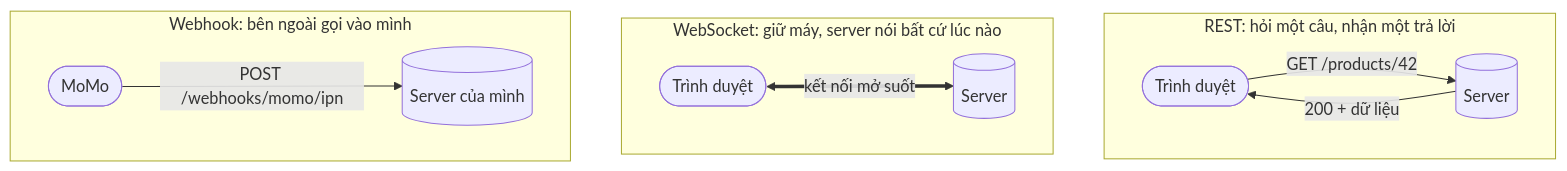
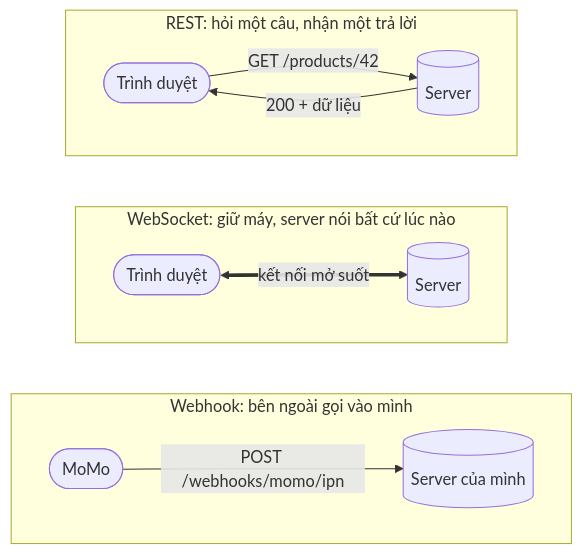
Before and after one commit to duongbui234/software-engineering-atlas: the first of 2 diagrams in content/posts/2026-11-18-api-styles.md, drawn with Mermaid. The commit also changed other lines of this file and 18 other files, not shown here.

First line of the commit message:
MQ-03 exchange-type comparison, and readable Mermaid diagrams (#6)

````diff
--- a/content/posts/2026-11-18-api-styles.md
+++ b/content/posts/2026-11-18-api-styles.md
@@ -55,16 +55,17 @@
 ```mermaid
 flowchart TB
     subgraph REST["REST: hỏi một câu, nhận một trả lời"]
         direction LR
         c1([Trình duyệt]) -- "GET /products/42" --> s1[(Server)]
         s1 -- "200 + dữ liệu" --> c1
     end
     subgraph WS["WebSocket: giữ máy, server nói bất cứ lúc nào"]
         direction LR
         c2([Trình duyệt]) <== "kết nối mở suốt" ==> s2[(Server)]
     end
     subgraph WH["Webhook: bên ngoài gọi vào mình"]
         direction LR
         m([MoMo]) -- "POST /webhooks/momo/ipn" --> s3[(Server của mình)]
     end
+    REST ~~~ WS ~~~ WH
 ```
````
